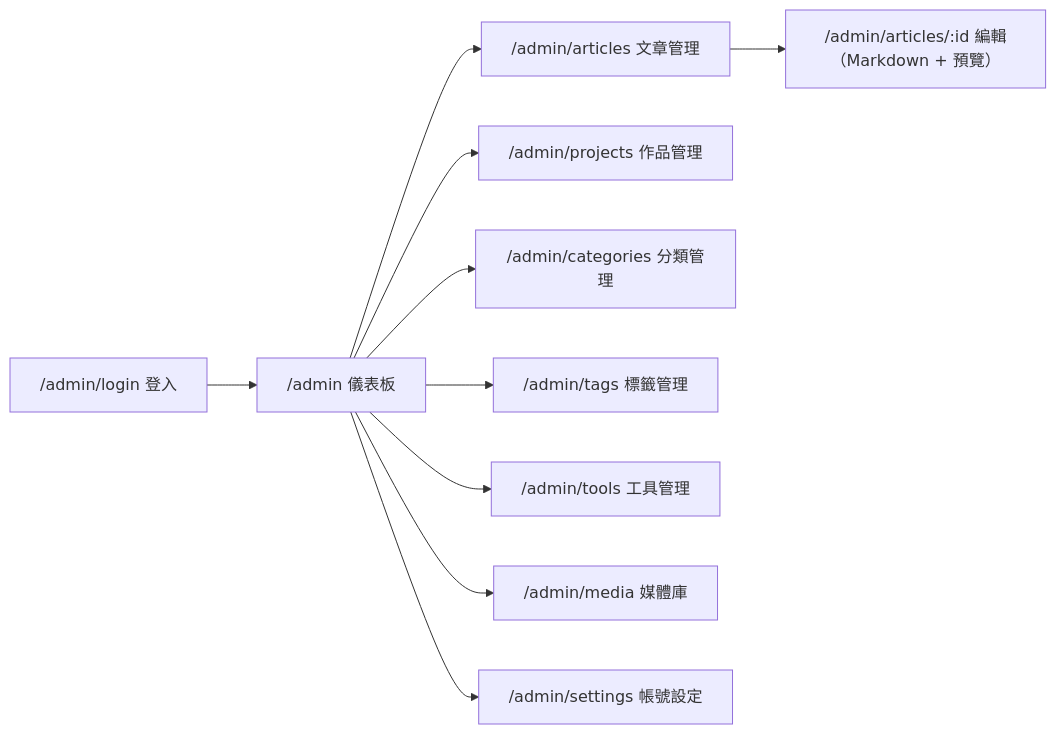
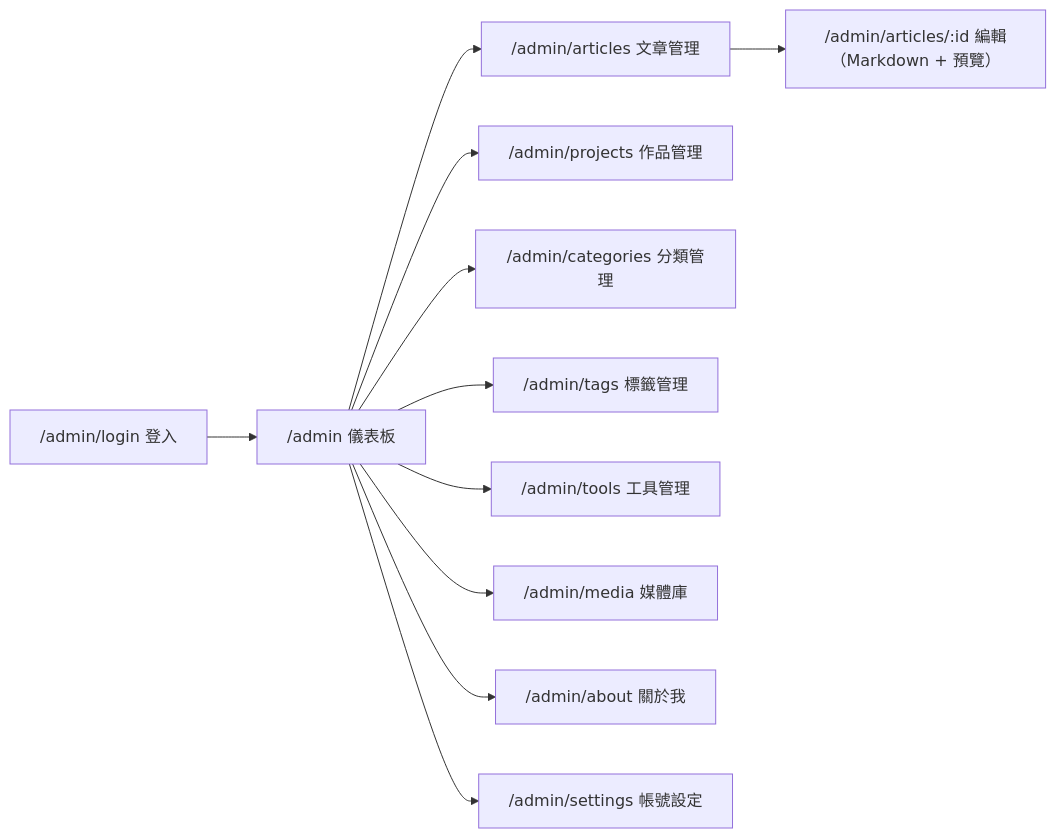
The ninth of 10 diagrams in require_docs/系統規格書V2.md (leo031523/website), drawn with Mermaid before and after one commit. The commit also changed other lines of this file and 15 other files, not shown here.

````diff
--- a/require_docs/系統規格書V2.md
+++ b/require_docs/系統規格書V2.md
@@ -574,12 +583,13 @@
 ```mermaid
 flowchart LR
     Login["/admin/login 登入"] --> Dash["/admin 儀表板"]
     Dash --> AdminArticles["/admin/articles 文章管理"]
     Dash --> AdminProjects["/admin/projects 作品管理"]
     Dash --> AdminCategories["/admin/categories 分類管理"]
     Dash --> AdminTags["/admin/tags 標籤管理"]
     Dash --> AdminTools["/admin/tools 工具管理"]
     Dash --> AdminMedia["/admin/media 媒體庫"]
+    Dash --> AdminAbout["/admin/about 關於我"]
     Dash --> AdminSettings["/admin/settings 帳號設定"]
     AdminArticles --> Editor["/admin/articles/:id 編輯（Markdown + 預覽）"]
 ```
````
